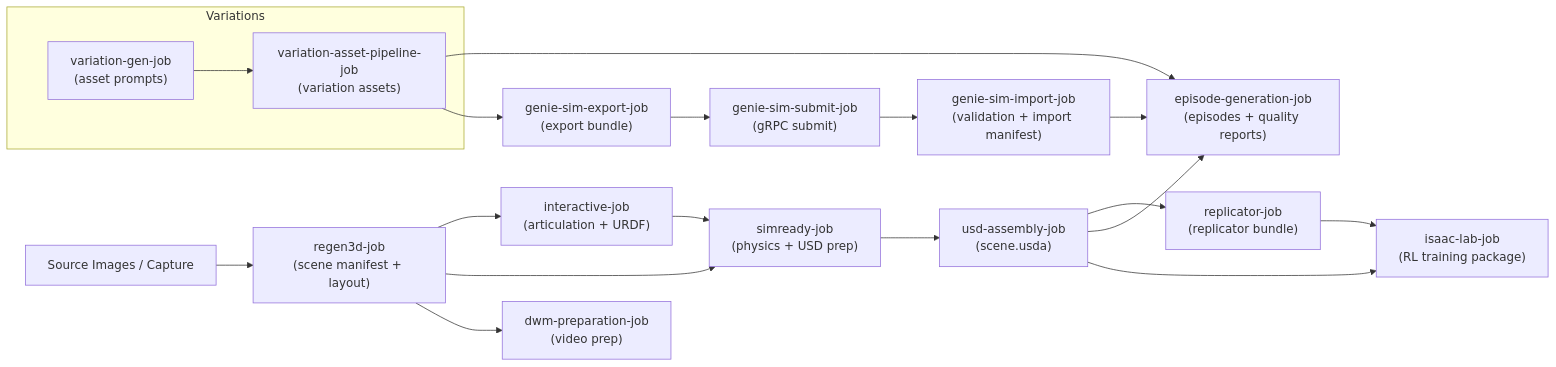
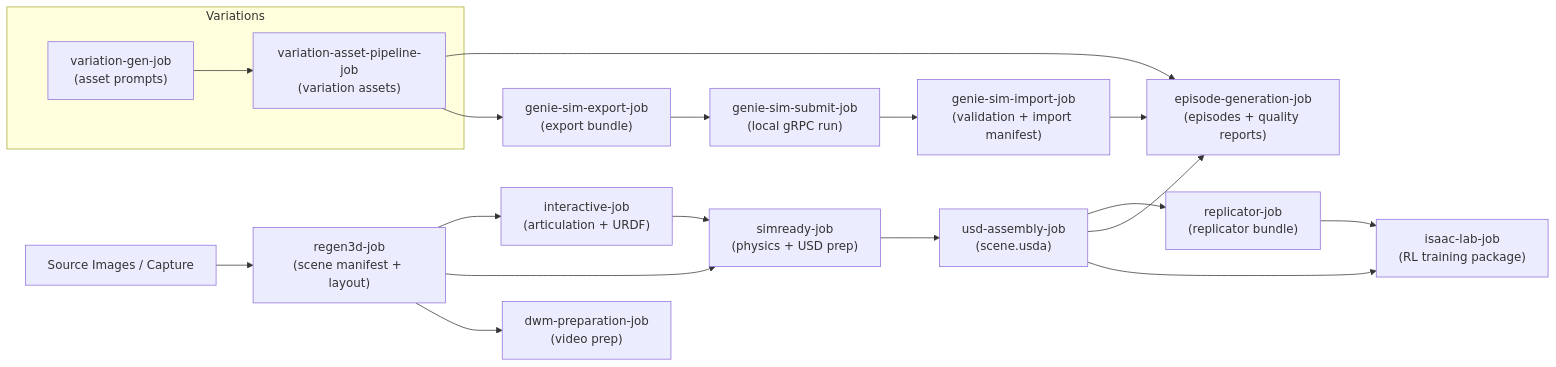
The diagram in docs/architecture/pipeline-overview.md (ognjhunt/BlueprintPipeline), drawn with Mermaid before and after one commit. The commit also changed other lines of this file and 11 other files, not shown here.

Commit message:
Clarify local-only Genie Sim workflows

````diff
--- a/docs/architecture/pipeline-overview.md
+++ b/docs/architecture/pipeline-overview.md
@@ -8,38 +8,38 @@
 ```mermaid
 flowchart LR
     %% External inputs
     source["Source Images / Capture"] --> regen3d["regen3d-job\n(scene manifest + layout)"]
 
     %% Core asset preparation
     regen3d --> interactive["interactive-job\n(articulation + URDF)"]
     regen3d --> simready["simready-job\n(physics + USD prep)"]
     interactive --> simready
 
     %% Scene assembly
     simready --> usdassembly["usd-assembly-job\n(scene.usda)"]
     usdassembly --> replicator["replicator-job\n(replicator bundle)"]
 
     %% Variation assets pipeline
     subgraph Variations
         variationgen["variation-gen-job\n(asset prompts)"]
         variationassets["variation-asset-pipeline-job\n(variation assets)"]
         variationgen --> variationassets
     end
 
     %% Episode generation and downstream consumers
     usdassembly --> episodegen["episode-generation-job\n(episodes + quality reports)"]
     variationassets --> episodegen
 
     %% Genie Sim integration
     variationassets --> geniesimexport["genie-sim-export-job\n(export bundle)"]
-    geniesimexport --> geniesimsubmit["genie-sim-submit-job\n(gRPC submit)"]
+    geniesimexport --> geniesimsubmit["genie-sim-submit-job\n(local gRPC run)"]
     geniesimsubmit --> geniesimimport["genie-sim-import-job\n(validation + import manifest)"]
 
     %% Training and validation
     replicator --> isaaclab["isaac-lab-job\n(RL training package)"]
     usdassembly --> isaaclab
     regen3d --> dwmprep["dwm-preparation-job\n(video prep)"]
 
     %% Optional import results
     geniesimimport --> episodegen
 ```
````
